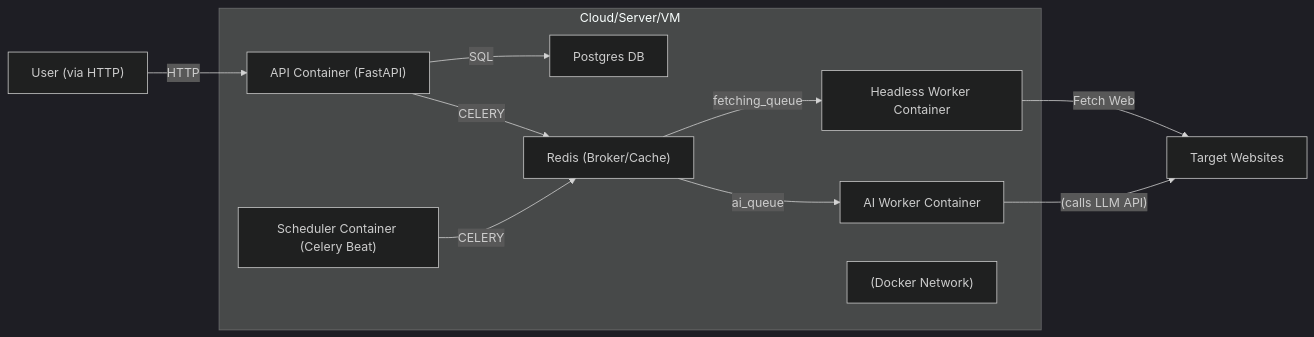
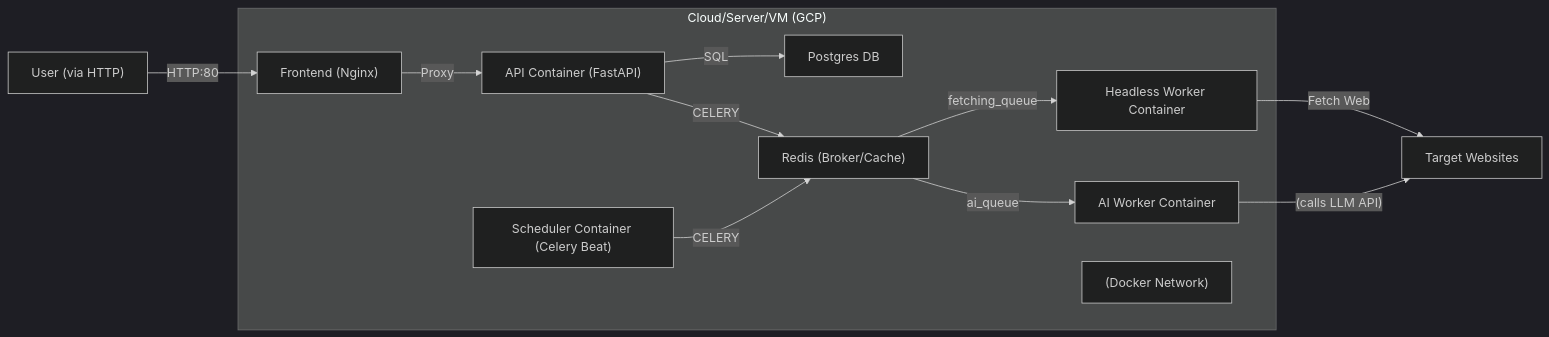
The diagram in docs/02-technical/deployment.md (marchanyanehu/diploma_v1), drawn with Mermaid (dark theme) before and after one commit. The commit also changed other lines of this file and 5 other files, not shown here.

````diff
--- a/docs/02-technical/deployment.md
+++ b/docs/02-technical/deployment.md
@@ -7,20 +7,22 @@
 ```mermaid
 flowchart LR  
-subgraph "Cloud/Server/VM"  
+subgraph "Cloud/Server/VM (GCP)"
+Frontend["Frontend (Nginx)"]
 API["API Container (FastAPI)"]  
 Redis["Redis (Broker/Cache)"]  
 Postgres["Postgres DB"]  
 Scheduler["Scheduler Container (Celery Beat)"]  
 Headless["Headless Worker Container"]  
 AIWorker["AI Worker Container"]  
 Network["(Docker Network)"]  
 end  
-Browser["User (via HTTP)"] -->|HTTP| API  
+Browser["User (via HTTP)"] -->|HTTP:80| Frontend
+Frontend -->|Proxy| API
 API -->|SQL| Postgres  
 API -->|CELERY| Redis  
 Scheduler -->|CELERY| Redis  
 Redis -->|fetching_queue| Headless  
 Redis -->|ai_queue| AIWorker  
 Headless -->|Fetch Web| Internet["Target Websites"]  
 AIWorker -->|"(calls LLM API)"| Internet
 ```
````
